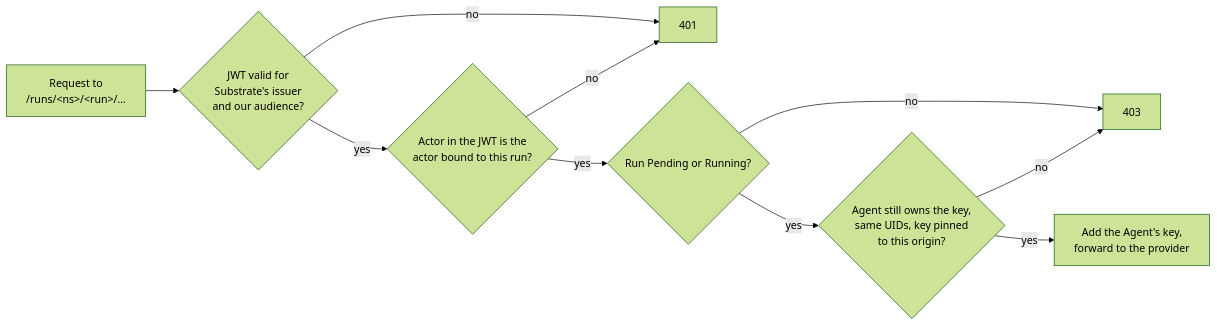
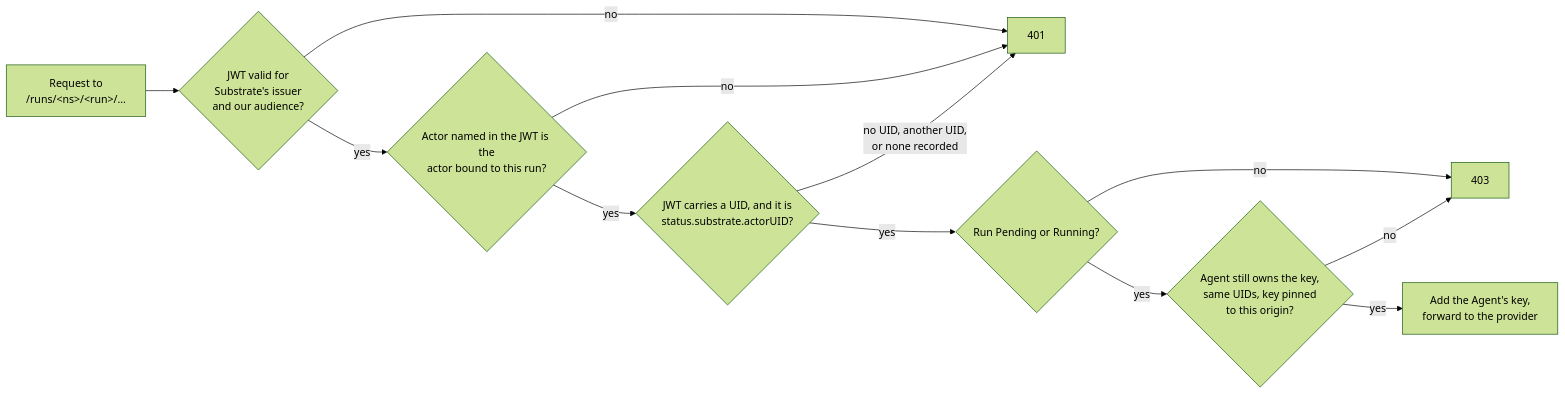
Before and after one commit to sympozium-ai/sympozium: the second of 3 diagrams in docs/design/substrate-backend.md, drawn with Mermaid (forest theme). The commit also changed other lines of this file and 16 other files, not shown here.

First line of the commit message:
fix(substrate): hold actors to their recorded UID; require an enforcing CNI for the clear-text hop

````diff
--- a/docs/design/substrate-backend.md
+++ b/docs/design/substrate-backend.md
@@ -148,12 +163,14 @@
 ```mermaid
 flowchart LR
     R["Request to<br/>/runs/&lt;ns&gt;/&lt;run&gt;/..."] --> V{"JWT valid for<br/>Substrate's issuer<br/>and our audience?"}
     V -- no --> X["401"]
-    V -- yes --> B{"Actor in the JWT is the<br/>actor bound to this run?"}
+    V -- yes --> B{"Actor named in the JWT is the<br/>actor bound to this run?"}
     B -- no --> X
-    B -- yes --> L{"Run Pending or Running?"}
+    B -- yes --> U{"JWT carries a UID, and it is<br/>status.substrate.actorUID?"}
+    U -- "no UID, another UID,<br/>or none recorded" --> X
+    U -- yes --> L{"Run Pending or Running?"}
     L -- no --> F["403"]
     L -- yes --> O{"Agent still owns the key,<br/>same UIDs, key pinned<br/>to this origin?"}
     O -- no --> F
     O -- yes --> K["Add the Agent's key,<br/>forward to the provider"]
 ```
````
